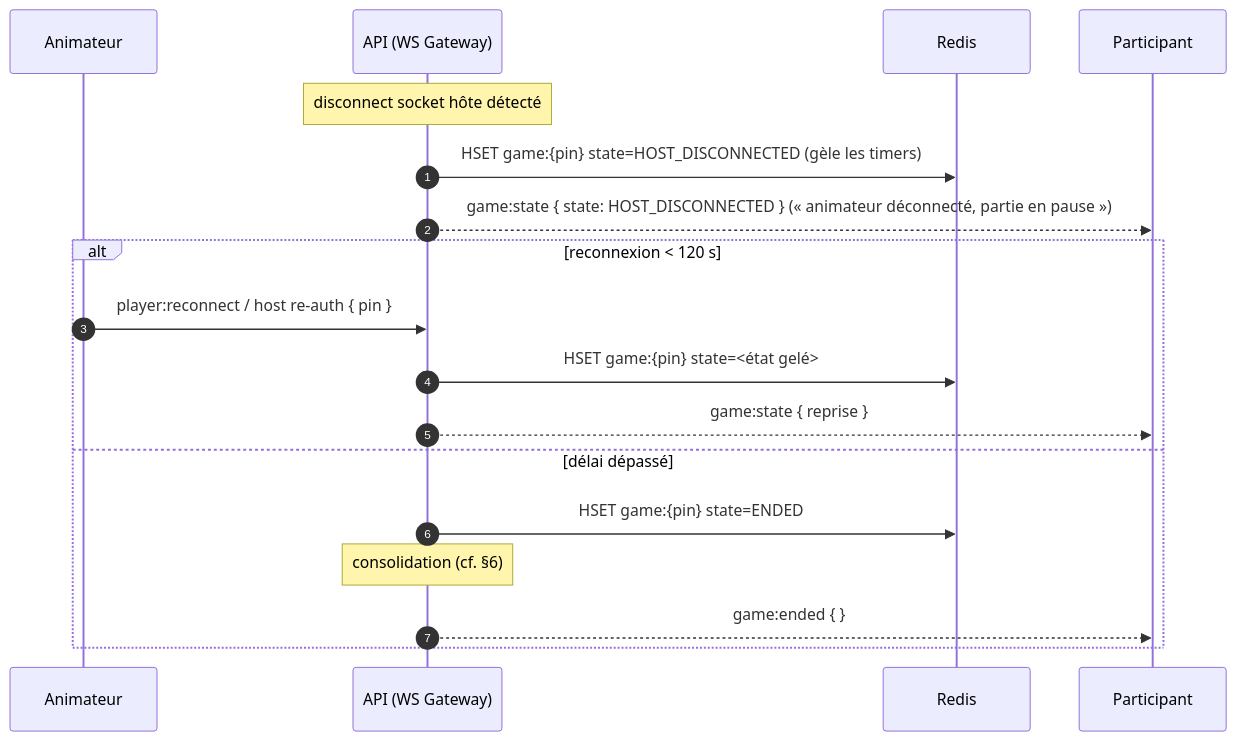
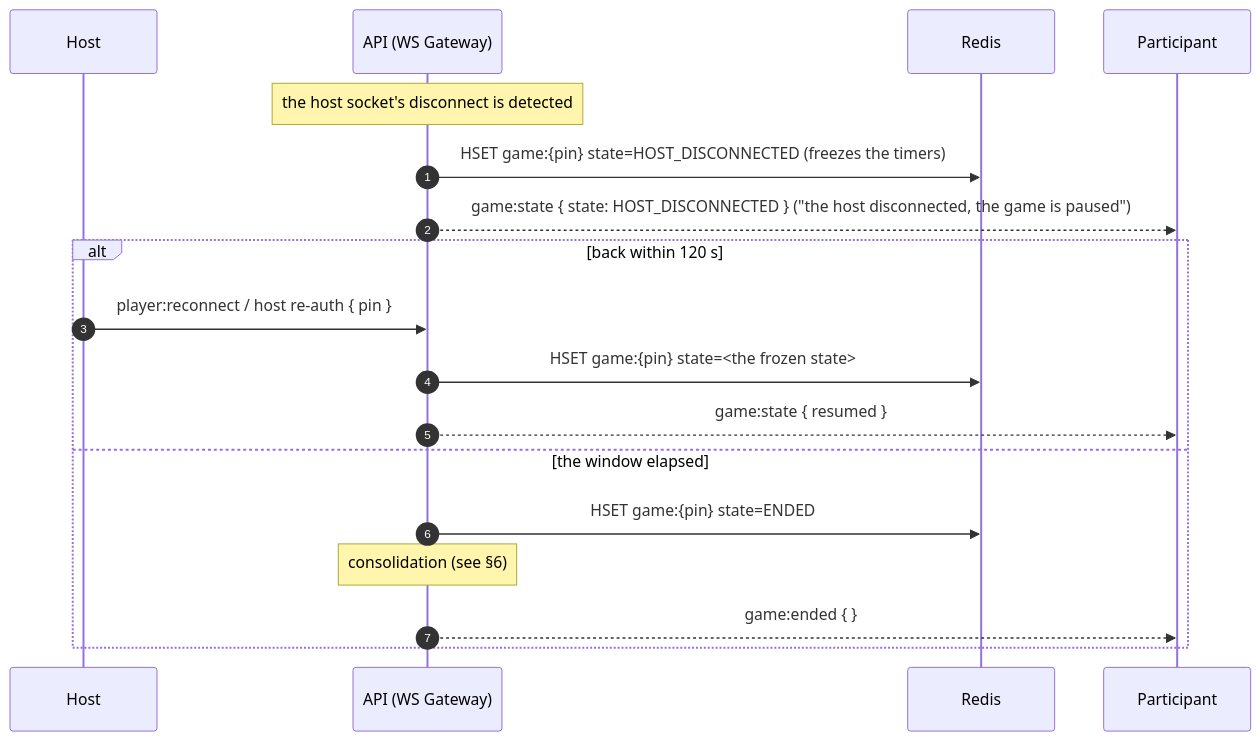
The fifth of 7 diagrams in specifications/SPECIFICATIONS-SEQUENCES.md (quizdock/quiz-dock), drawn with Mermaid before and after one commit. The commit also changed other lines of this file and 12 other files, not shown here.

````diff
--- a/specifications/SPECIFICATIONS-SEQUENCES.md
+++ b/specifications/SPECIFICATIONS-SEQUENCES.md
@@ -147,21 +147,21 @@
 ```mermaid
 sequenceDiagram
     autonumber
-    participant F as Animateur
+    participant F as Host
     participant API as API (WS Gateway)
     participant R as Redis
     participant A as Participant
 
-    Note over API: disconnect socket hôte détecté
-    API->>R: HSET game:{pin} state=HOST_DISCONNECTED (gèle les timers)
-    API-->>A: game:state { state: HOST_DISCONNECTED }  (« animateur déconnecté, partie en pause »)
-    alt reconnexion < 120 s
+    Note over API: the host socket's disconnect is detected
+    API->>R: HSET game:{pin} state=HOST_DISCONNECTED (freezes the timers)
+    API-->>A: game:state { state: HOST_DISCONNECTED }  ("the host disconnected, the game is paused")
+    alt back within 120 s
         F->>API: player:reconnect / host re-auth { pin }
-        API->>R: HSET game:{pin} state=<état gelé>
-        API-->>A: game:state { reprise }
-    else délai dépassé
+        API->>R: HSET game:{pin} state=<the frozen state>
+        API-->>A: game:state { resumed }
+    else the window elapsed
         API->>R: HSET game:{pin} state=ENDED
-        Note over API: consolidation (cf. §6)
+        Note over API: consolidation (see §6)
         API-->>A: game:ended { }
     end
 ```
````
